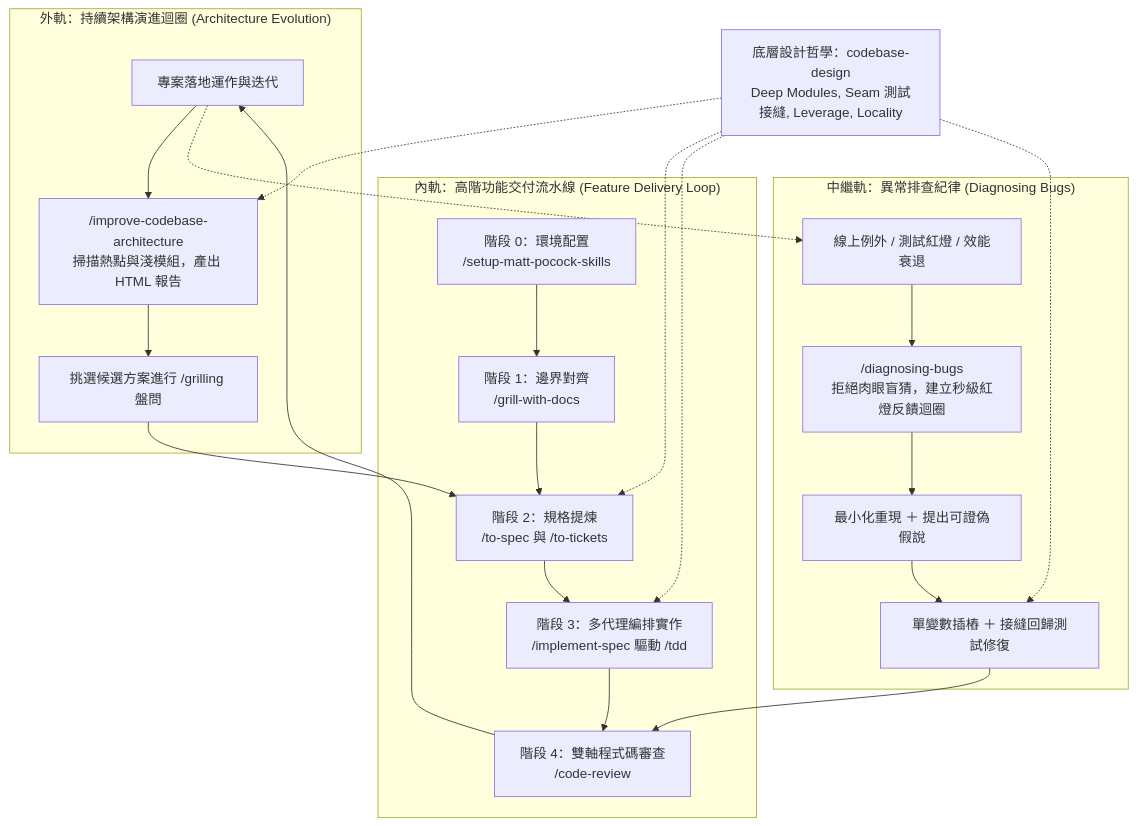
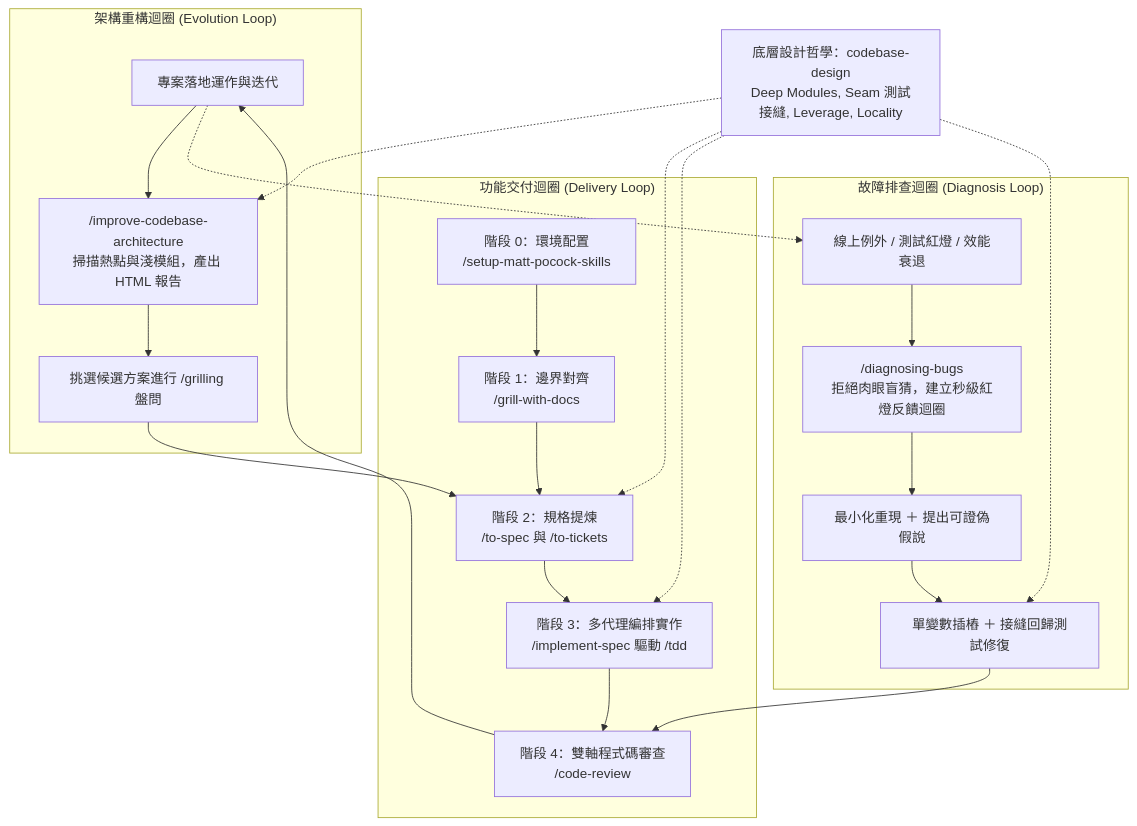
The first of 2 diagrams in AI.SDD/Lab.Matt-Pocock/blog-matt-pocock-skills-workflow.md (yaochangyu/sample.dotblog), drawn with Mermaid before and after one commit. The commit also changed other lines of this file, not shown here.

Commit message:
docs: refine lifecycle loop naming to delivery, evolution, and diagnosis loops

````diff
--- a/AI.SDD/Lab.Matt-Pocock/blog-matt-pocock-skills-workflow.md
+++ b/AI.SDD/Lab.Matt-Pocock/blog-matt-pocock-skills-workflow.md
@@ -24,30 +24,30 @@
 ```mermaid
 flowchart TD
-    subgraph OuterLoop ["外軌：持續架構演進迴圈 (Architecture Evolution)"]
+    subgraph ArchLoop ["架構重構迴圈 (Evolution Loop)"]
         R0["專案落地運作與迭代"] --> R1["/improve-codebase-architecture<br>掃描熱點與淺模組，產出 HTML 報告"]
         R1 --> R2["挑選候選方案進行 /grilling 盤問"]
     end
 
-    subgraph DiagLoop ["中繼軌：異常排查紀律 (Diagnosing Bugs)"]
+    subgraph DiagLoop ["故障排查迴圈 (Diagnosis Loop)"]
         D0["線上例外 / 測試紅燈 / 效能衰退"] --> D1["/diagnosing-bugs<br>拒絕肉眼盲猜，建立秒級紅燈反饋迴圈"]
         D1 --> D2["最小化重現 ＋ 提出可證偽假說"]
         D2 --> D3["單變數插樁 ＋ 接縫回歸測試修復"]
     end
 
-    subgraph InnerLoop ["內軌：高階功能交付流水線 (Feature Delivery Loop)"]
+    subgraph DeliveryLoop ["功能交付迴圈 (Delivery Loop)"]
         F0["階段 0：環境配置<br>/setup-matt-pocock-skills"] --> F1["階段 1：邊界對齊<br>/grill-with-docs"]
         F1 --> F2["階段 2：規格提煉<br>/to-spec 與 /to-tickets"]
         F2 --> F3["階段 3：多代理編排實作<br>/implement-spec 驅動 /tdd"]
         F3 --> F4["階段 4：雙軸程式碼審查<br>/code-review"]
     end
 
     R2 --> F2
     D3 --> F4
     F4 --> R0
     R0 -.-> D0
 
     G["底層設計哲學：codebase-design<br>Deep Modules, Seam 測試接縫, Leverage, Locality"] -.-> F2
     G -.-> F3
     G -.-> R1
     G -.-> D3
 ```
````
